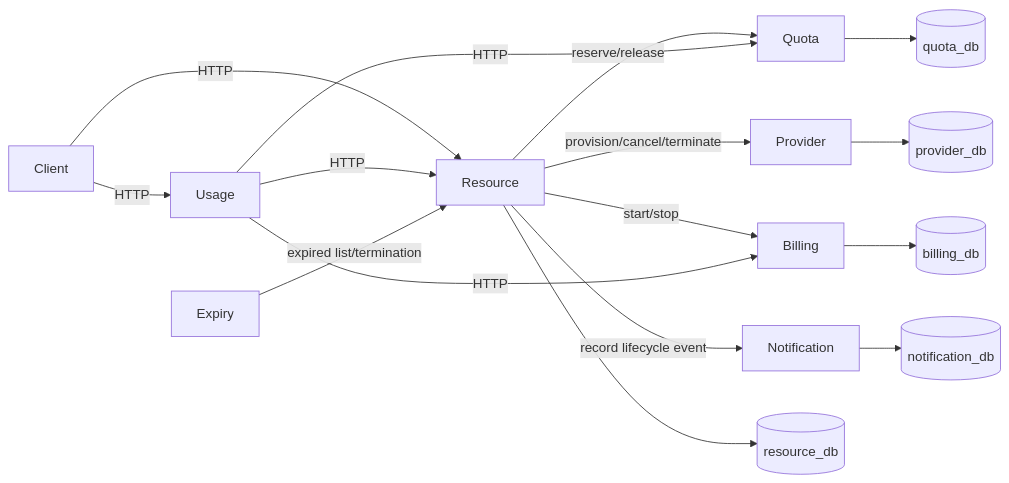
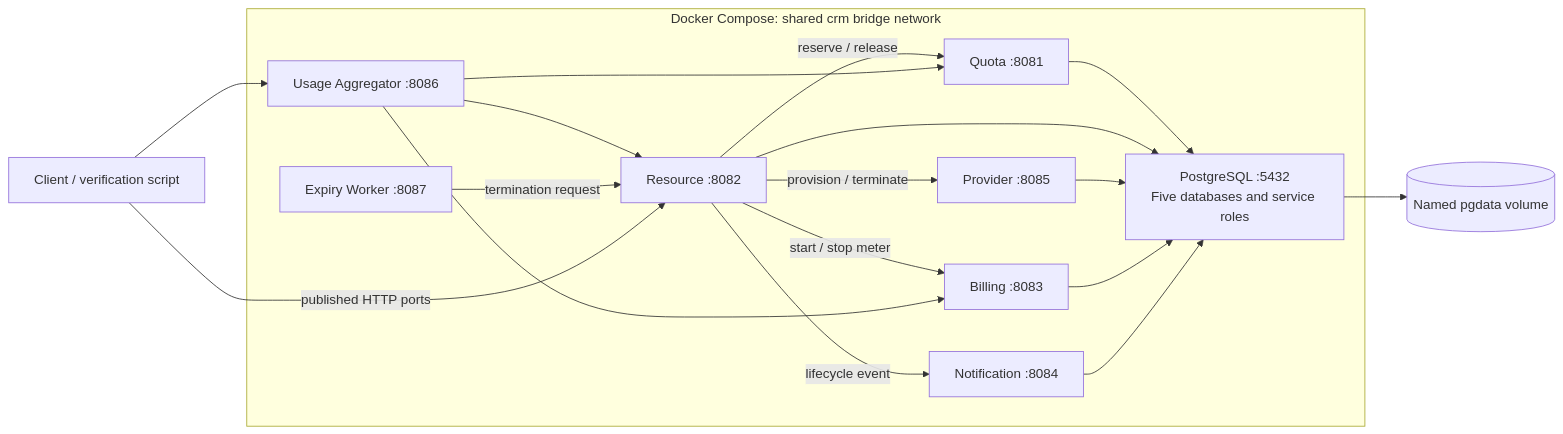
The diagram in PROJECT_REPORT.md (prajwalbhat39/microservice-cloud-resource-manager), drawn with Mermaid before and after one commit. The commit also changed other lines of this file, not shown here.

````diff
--- a/PROJECT_REPORT.md
+++ b/PROJECT_REPORT.md
@@ -59,18 +40,30 @@
 ```mermaid
 flowchart LR
-    Client -->|HTTP| Resource
-    Client -->|HTTP| Usage
-    Resource -->|reserve/release| Quota
-    Resource -->|provision/cancel/terminate| Provider
-    Resource -->|start/stop| Billing
-    Resource -->|record lifecycle event| Notification
-    Usage -->|HTTP| Quota
-    Usage -->|HTTP| Resource
-    Usage -->|HTTP| Billing
-    Expiry -->|expired list/termination| Resource
-    Quota --> quota_db[(quota_db)]
-    Resource --> resource_db[(resource_db)]
-    Provider --> provider_db[(provider_db)]
-    Billing --> billing_db[(billing_db)]
-    Notification --> notification_db[(notification_db)]
+    Client["Client / verification script"]
+    subgraph Network["Docker Compose: shared crm bridge network"]
+        R["Resource :8082"]
+        Q["Quota :8081"]
+        P["Provider :8085"]
+        B["Billing :8083"]
+        N["Notification :8084"]
+        U["Usage Aggregator :8086"]
+        E["Expiry Worker :8087"]
+        PG["PostgreSQL :5432<br/>Five databases and service roles"]
+        R -->|reserve / release| Q
+        R -->|provision / terminate| P
+        R -->|start / stop meter| B
+        R -->|lifecycle event| N
+        U --> Q
+        U --> R
+        U --> B
+        E -->|termination request| R
+        Q --> PG
+        R --> PG
+        P --> PG
+        B --> PG
+        N --> PG
+    end
+    Client -->|published HTTP ports| R
+    Client --> U
+    PG --> Volume[("Named pgdata volume")]
 ```
````
